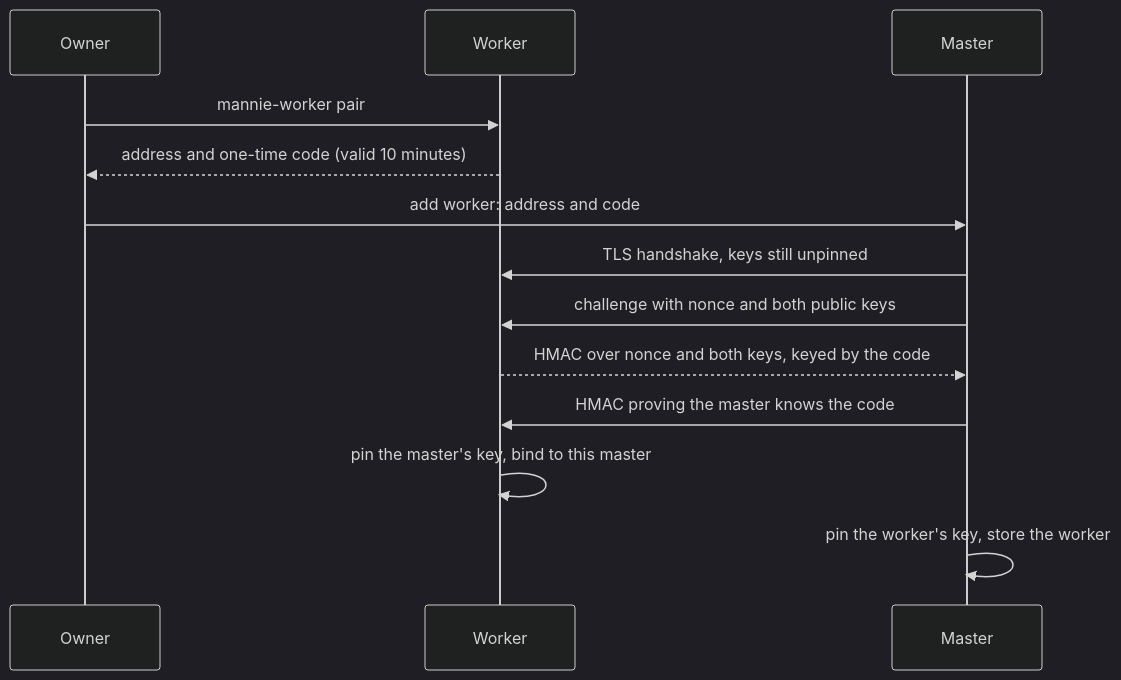
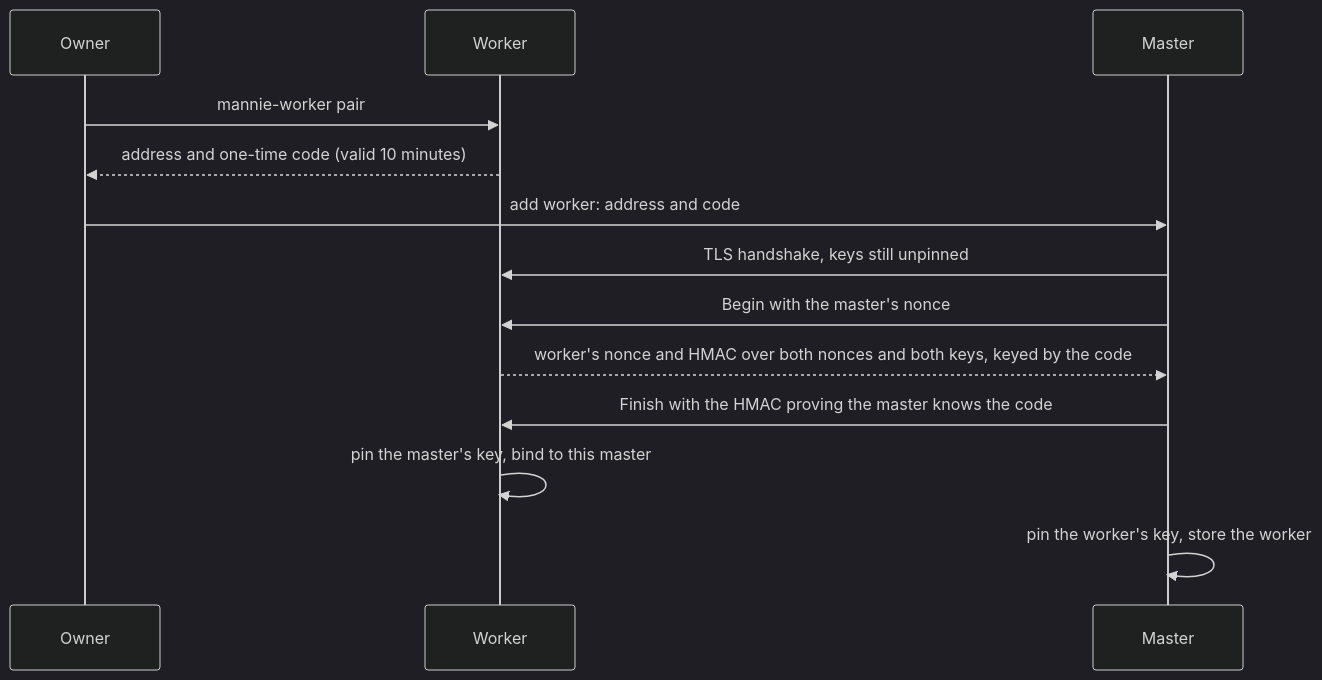
One commit to limbon2/mannie changed the third of 3 diagrams in docs/architecture/orchestration.md. Above: the diagram before and after it, drawn with Mermaid (dark theme). The commit also changed other lines of this file and 306 other files, not shown here.

````diff
--- a/docs/architecture/orchestration.md
+++ b/docs/architecture/orchestration.md
@@ -123,15 +124,15 @@
 ```mermaid
 sequenceDiagram
   participant O as Owner
   participant W as Worker
   participant M as Master
   O->>W: mannie-worker pair
   W-->>O: address and one-time code (valid 10 minutes)
   O->>M: add worker: address and code
   M->>W: TLS handshake, keys still unpinned
-  M->>W: challenge with nonce and both public keys
-  W-->>M: HMAC over nonce and both keys, keyed by the code
-  M->>W: HMAC proving the master knows the code
+  M->>W: Begin with the master's nonce
+  W-->>M: worker's nonce and HMAC over both nonces and both keys, keyed by the code
+  M->>W: Finish with the HMAC proving the master knows the code
   W->>W: pin the master's key, bind to this master
   M->>M: pin the worker's key, store the worker
 ```
````
